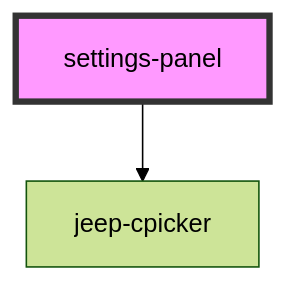
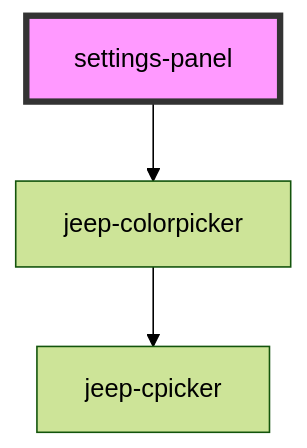
One commit to hcl-sdk/HealthCareLocatorWebSDK changed the diagram in packages/onekey-sdk-devtools/src/components/settings-panel/readme.md. Above: the diagram before and after it, drawn with Mermaid (forest theme). The commit also changed other lines of this file and 15 other files, not shown here.

````diff
--- a/packages/onekey-sdk-devtools/src/components/settings-panel/readme.md
+++ b/packages/onekey-sdk-devtools/src/components/settings-panel/readme.md
@@ -23,5 +23,6 @@
 ```mermaid
 graph TD;
-  settings-panel --> jeep-cpicker
+  settings-panel --> jeep-colorpicker
+  jeep-colorpicker --> jeep-cpicker
   style settings-panel fill:#f9f,stroke:#333,stroke-width:4px
 ```
````
